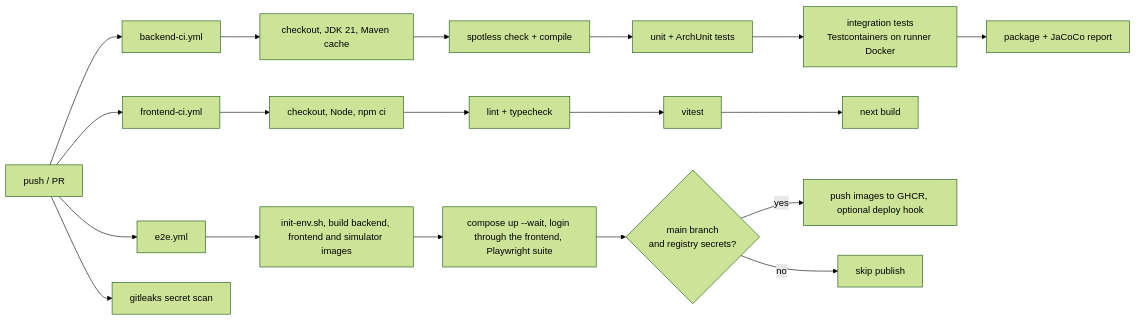
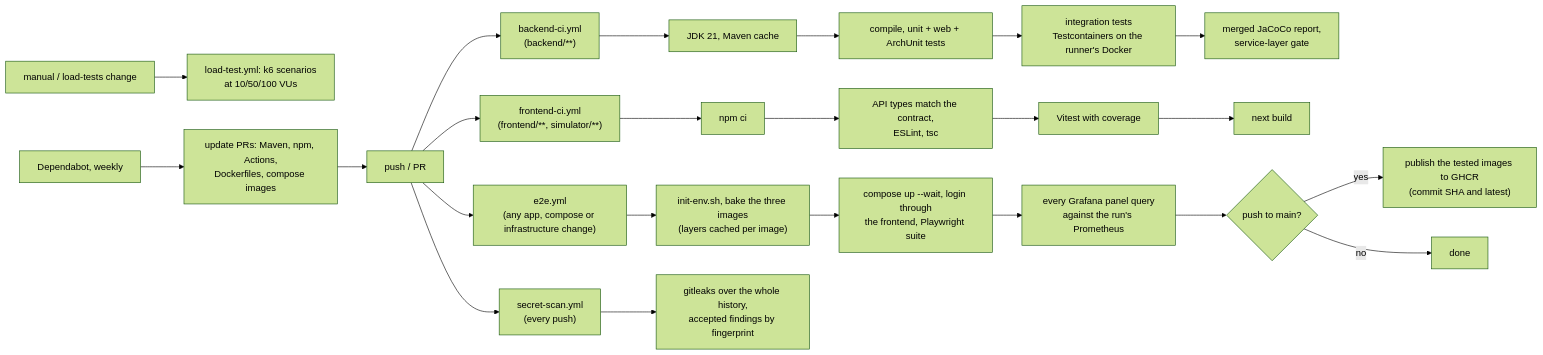
The tenth of 10 diagrams in docs/architecture.md (saitharun1903/Rapo), drawn with Mermaid (forest theme) before and after one commit. The commit also changed other lines of this file and 9 other files, not shown here.

First line of the commit message:
Scan history for secrets, cache and publish the tested images, and keep dependencies current

````diff
--- a/docs/architecture.md
+++ b/docs/architecture.md
@@ -810,12 +810,15 @@
 ```mermaid
 flowchart LR
-    PUSH["push / PR"] --> BCI["backend-ci.yml"]
-    PUSH --> FCI["frontend-ci.yml"]
-    BCI --> B1["checkout, JDK 21, Maven cache"] --> B2["spotless check + compile"] --> B3["unit + ArchUnit tests"] --> B4["integration tests<br/>Testcontainers on runner Docker"] --> B5["package + JaCoCo report"]
-    FCI --> F1["checkout, Node, npm ci"] --> F2["lint + typecheck"] --> F3["vitest"] --> F4["next build"]
-    PUSH --> DK["e2e.yml"]
-    DK --> D1["init-env.sh, build backend, frontend and simulator images"] --> D2["compose up --wait, login through the frontend, Playwright suite"] --> D3{"main branch<br/>and registry secrets?"}
-    D3 -->|yes| D4["push images to GHCR, optional deploy hook"]
-    D3 -->|no| D5["skip publish"]
-    PUSH --> SEC["gitleaks secret scan"]
+    PUSH["push / PR"] --> BCI["backend-ci.yml<br/>(backend/**)"]
+    PUSH --> FCI["frontend-ci.yml<br/>(frontend/**, simulator/**)"]
+    PUSH --> E2E["e2e.yml<br/>(any app, compose or infrastructure change)"]
+    PUSH --> SEC["secret-scan.yml<br/>(every push)"]
+    BCI --> B1["JDK 21, Maven cache"] --> B2["compile, unit + web + ArchUnit tests"] --> B3["integration tests<br/>Testcontainers on the runner's Docker"] --> B4["merged JaCoCo report,<br/>service-layer gate"]
+    FCI --> F1["npm ci"] --> F2["API types match the contract,<br/>ESLint, tsc"] --> F3["Vitest with coverage"] --> F4["next build"]
+    E2E --> D1["init-env.sh, bake the three images<br/>(layers cached per image)"] --> D2["compose up --wait, login through<br/>the frontend, Playwright suite"] --> D3["every Grafana panel query<br/>against the run's Prometheus"] --> D4{"push to main?"}
+    D4 -->|yes| D5["publish the tested images to GHCR<br/>(commit SHA and latest)"]
+    D4 -->|no| D6["done"]
+    SEC --> S1["gitleaks over the whole history,<br/>accepted findings by fingerprint"]
+    MAN["manual / load-tests change"] --> LT["load-test.yml: k6 scenarios<br/>at 10/50/100 VUs"]
+    BOT["Dependabot, weekly"] --> PR2["update PRs: Maven, npm, Actions,<br/>Dockerfiles, compose images"] --> PUSH
 ```
````
